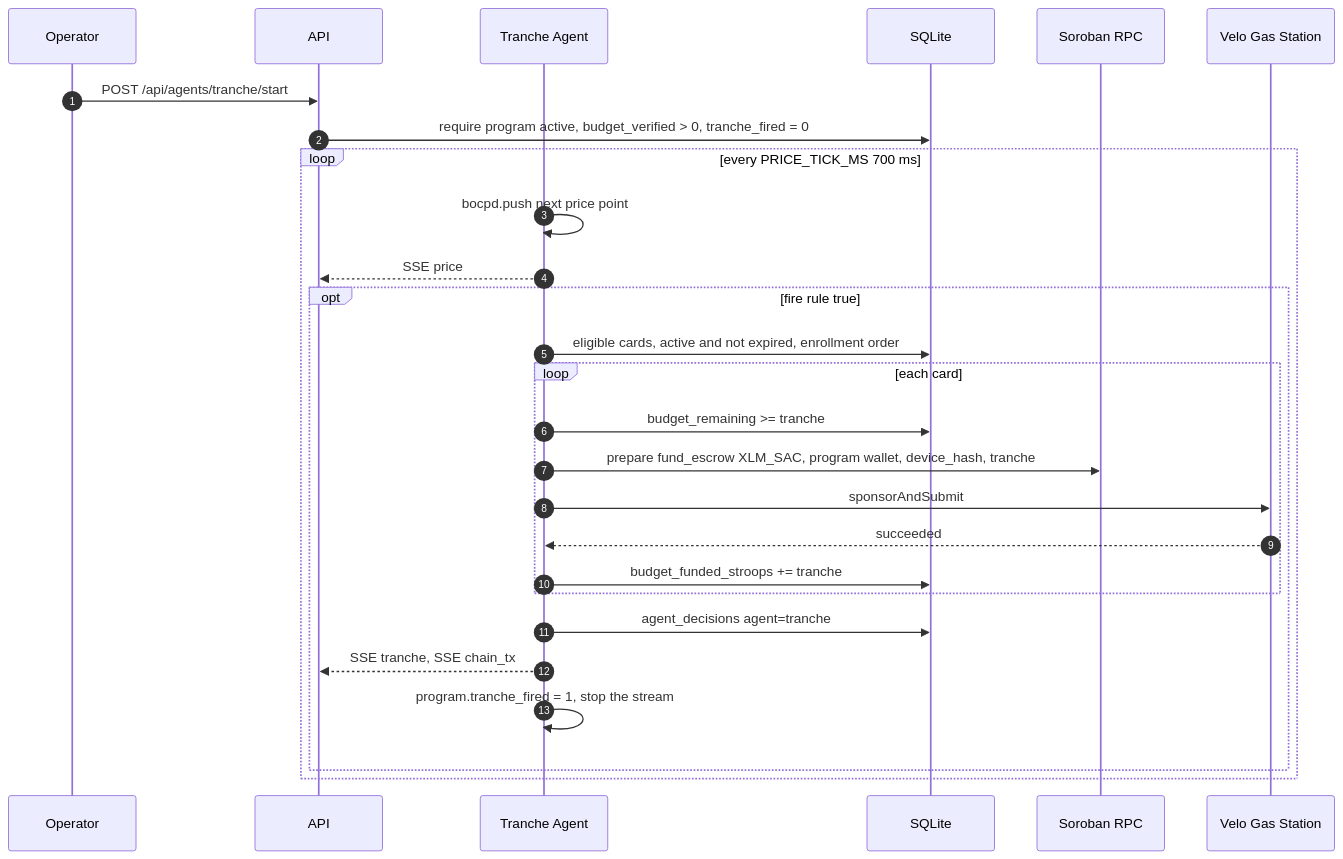
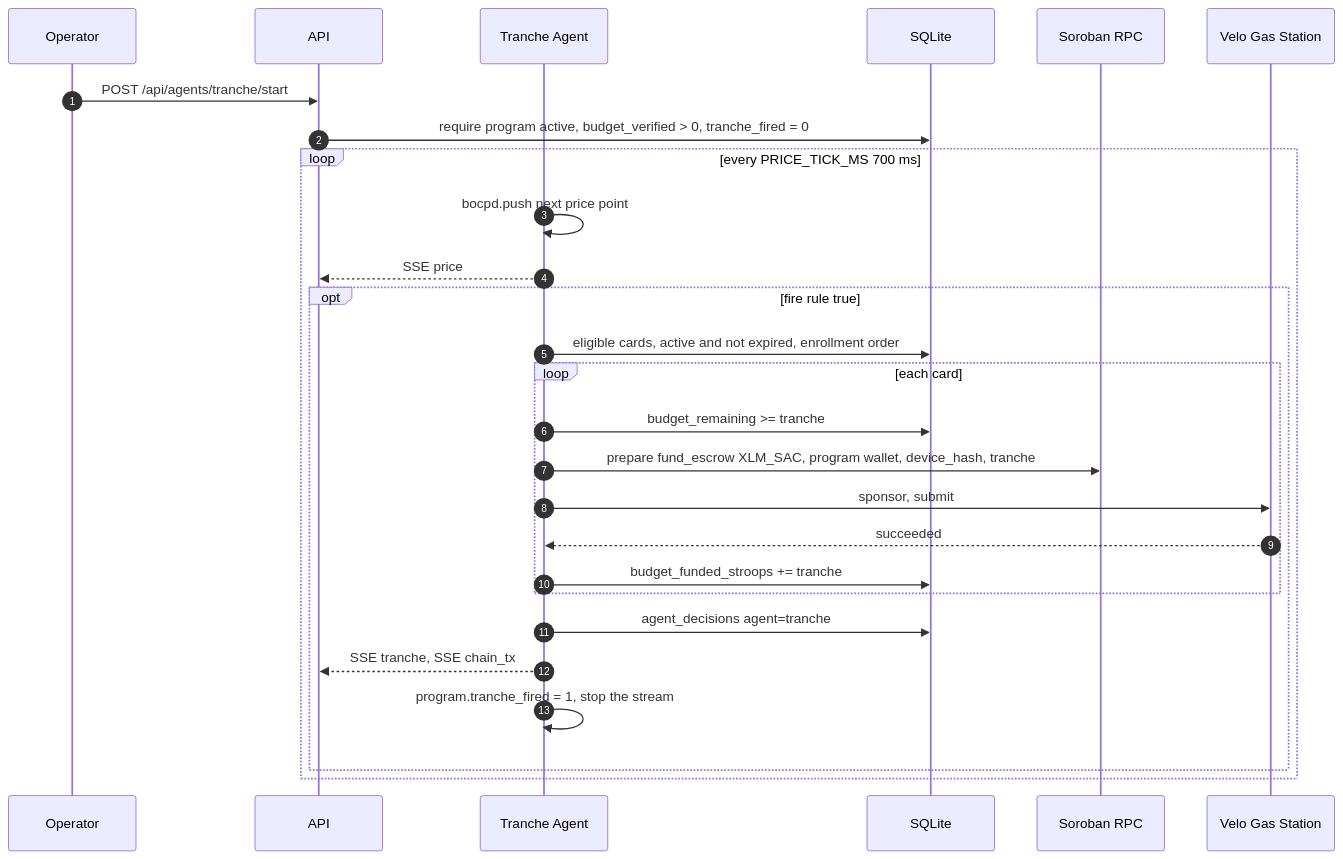
The fourth of 7 diagrams in docs/system-design.md (Jimuelle07/TAPat), drawn with Mermaid before and after one commit. The commit also changed other lines of this file and 17 other files, not shown here.

````diff
--- a/docs/system-design.md
+++ b/docs/system-design.md
@@ -333,30 +333,30 @@
 ```mermaid
 sequenceDiagram
     autonumber
     participant Op as Operator
     participant API as API
     participant TA as Tranche Agent
     participant DB as SQLite
     participant RPC as Soroban RPC
     participant Gas as Velo Gas Station
 
     Op->>API: POST /api/agents/tranche/start
     API->>DB: require program active, budget_verified > 0, tranche_fired = 0
     loop every PRICE_TICK_MS 700 ms
         TA->>TA: bocpd.push next price point
         TA-->>API: SSE price
         opt fire rule true
             TA->>DB: eligible cards, active and not expired, enrollment order
             loop each card
                 TA->>DB: budget_remaining >= tranche
                 TA->>RPC: prepare fund_escrow XLM_SAC, program wallet, device_hash, tranche
-                TA->>Gas: sponsorAndSubmit
+                TA->>Gas: sponsor, submit
                 Gas-->>TA: succeeded
                 TA->>DB: budget_funded_stroops += tranche
             end
             TA->>DB: agent_decisions agent=tranche
             TA-->>API: SSE tranche, SSE chain_tx
             TA->>TA: program.tranche_fired = 1, stop the stream
         end
     end
 ```
````
